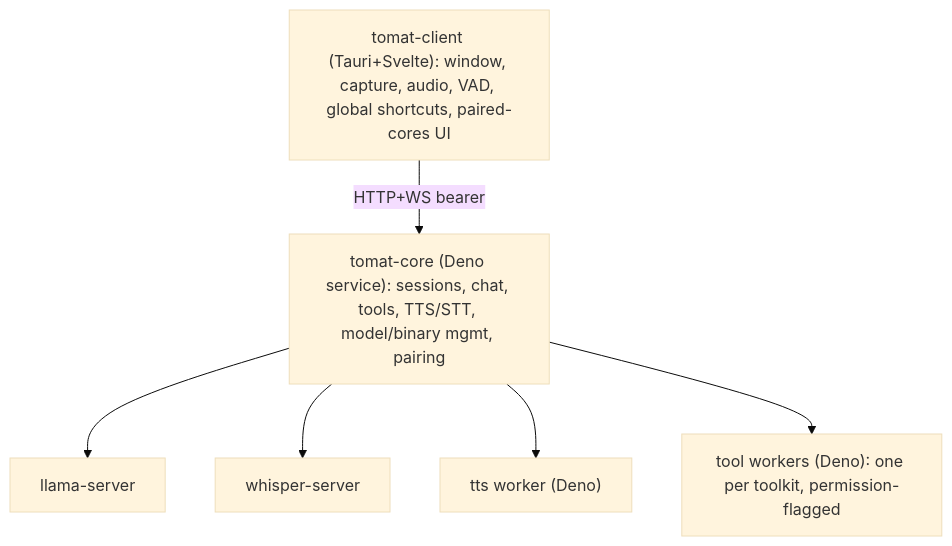
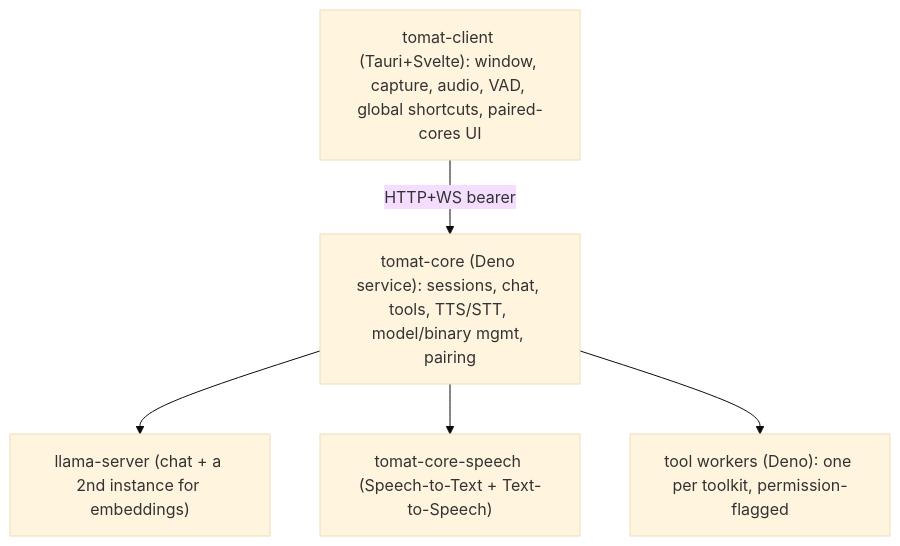
Before and after one commit to rzkyif/tomat: the diagram in DEVELOPMENT.md, drawn with Mermaid (base theme). The commit also changed other lines of this file and 251 other files, not shown here.

````diff
--- a/DEVELOPMENT.md
+++ b/DEVELOPMENT.md
@@ -16,15 +16,13 @@
 ```mermaid
 flowchart TD
     client["tomat-client (Tauri+Svelte): window, capture, audio, VAD, global shortcuts, paired-cores UI"]
     core["tomat-core (Deno service): sessions, chat, tools, TTS/STT, model/binary mgmt, pairing"]
-    llama["llama-server"]
-    whisper["whisper-server"]
-    tts["tts worker (Deno)"]
+    llama["llama-server (chat + a 2nd instance for embeddings)"]
+    speech["tomat-core-speech (Speech-to-Text + Text-to-Speech)"]
     workers["tool workers (Deno): one per toolkit, permission-flagged"]
 
     client -->|HTTP+WS bearer| core
     core --> llama
-    core --> whisper
-    core --> tts
+    core --> speech
     core --> workers
 ```
````
